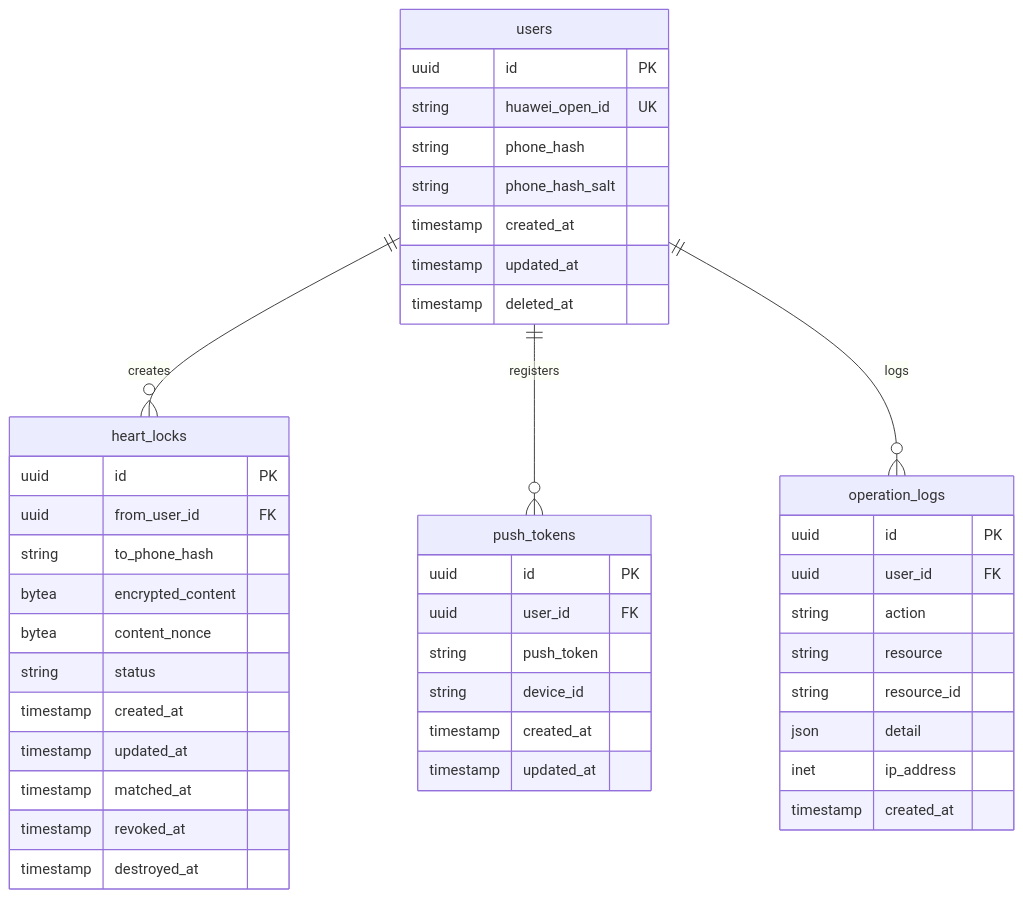
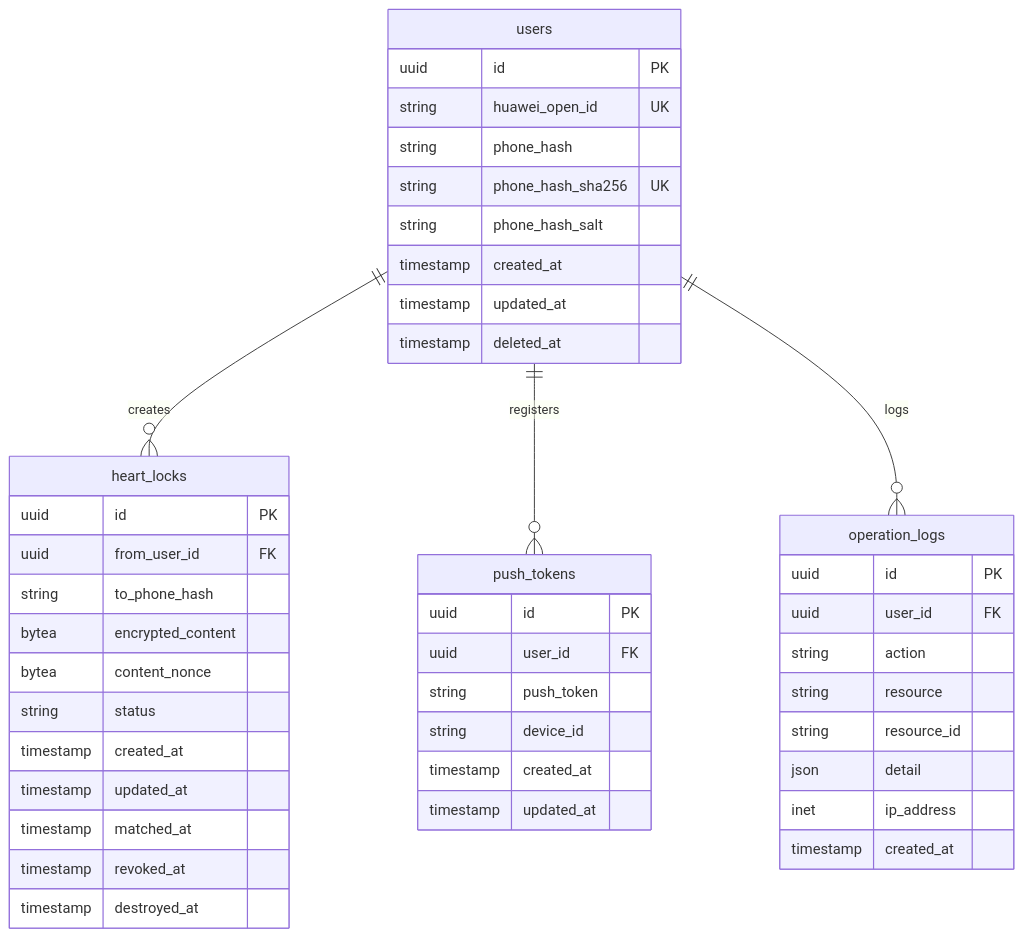
The diagram in docs/backend/Database.md (zhaolang/HeartLock), drawn with Mermaid before and after one commit. The commit also changed other lines of this file and 13 other files, not shown here.

````diff
--- a/docs/backend/Database.md
+++ b/docs/backend/Database.md
@@ -47,50 +47,51 @@
 ```mermaid
 erDiagram
     users ||--o{ heart_locks : creates
     users ||--o{ push_tokens : registers
     users ||--o{ operation_logs : logs
 
     users {
         uuid id PK
         string huawei_open_id UK
         string phone_hash
+        string phone_hash_sha256 UK
         string phone_hash_salt
         timestamp created_at
         timestamp updated_at
         timestamp deleted_at
     }
 
     heart_locks {
         uuid id PK
         uuid from_user_id FK
         string to_phone_hash
         bytea encrypted_content
         bytea content_nonce
         string status
         timestamp created_at
         timestamp updated_at
         timestamp matched_at
         timestamp revoked_at
         timestamp destroyed_at
     }
 
     push_tokens {
         uuid id PK
         uuid user_id FK
         string push_token
         string device_id
         timestamp created_at
         timestamp updated_at
     }
 
     operation_logs {
         uuid id PK
         uuid user_id FK
         string action
         string resource
         string resource_id
         json detail
         inet ip_address
         timestamp created_at
     }
 ```
````
